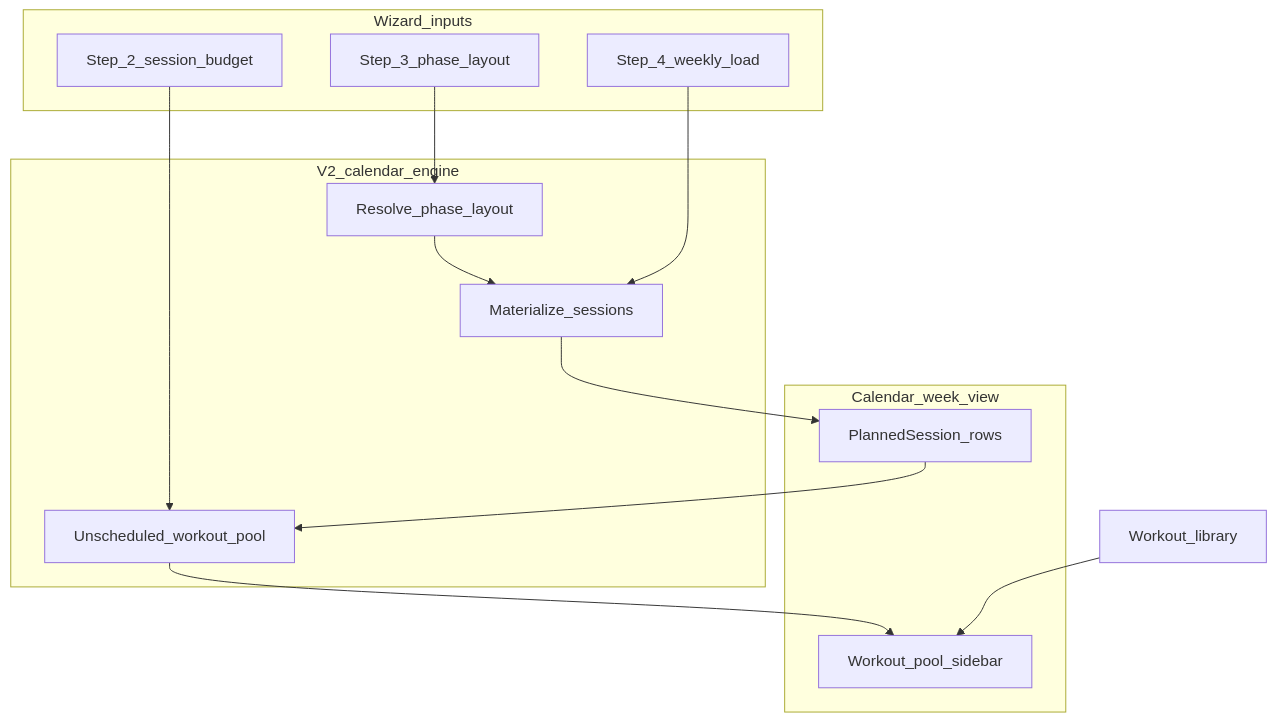
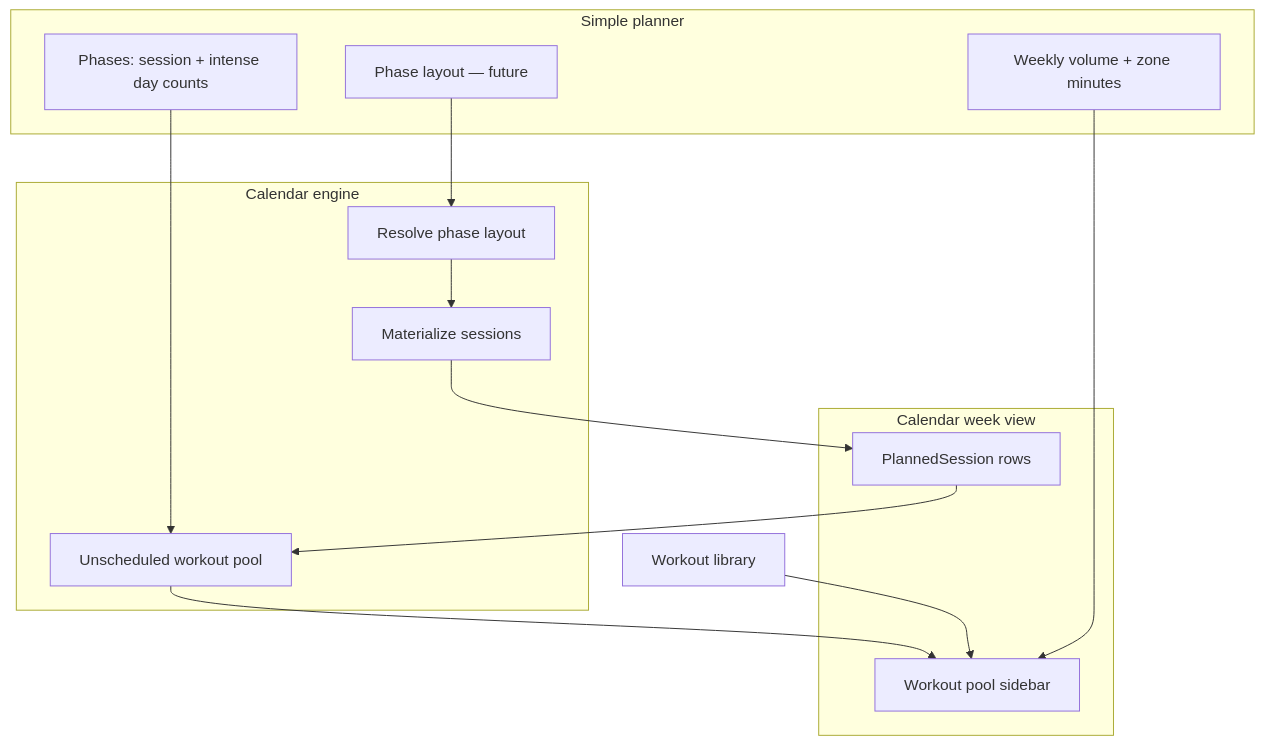
One commit to pjohncooper-star/tiz changed the second of 2 diagrams in docs/plan-wizard-weekly-template-strategy.md. Above: the diagram before and after it, drawn with Mermaid. The commit also changed other lines of this file and 5 other files, not shown here.

First line of the commit message:
Update plan docs for unified season planner and shipped calendar pool

````diff
--- a/docs/plan-wizard-weekly-template-strategy.md
+++ b/docs/plan-wizard-weekly-template-strategy.md
@@ -41,25 +65,25 @@
 ```mermaid
 flowchart TB
-  subgraph inputs [Wizard_inputs]
-    S2[Step_2_session_budget]
-    S3[Step_3_phase_layout]
-    S4[Step_4_weekly_load]
+  subgraph inputs [Simple planner]
+    S1[Phases: session + intense day counts]
+    S2[Phase layout — future]
+    S3[Weekly volume + zone minutes]
   end
-  subgraph engine [V2_calendar_engine]
-    LAYOUT[Resolve_phase_layout]
-    MAT[Materialize_sessions]
-    GAP[Unscheduled_workout_pool]
+  subgraph engine [Calendar engine]
+    LAYOUT[Resolve phase layout]
+    MAT[Materialize sessions]
+    GAP[Unscheduled workout pool]
   end
-  subgraph output [Calendar_week_view]
-    PS[PlannedSession_rows]
-    POOL[Workout_pool_sidebar]
+  subgraph output [Calendar week view]
+    PS[PlannedSession rows]
+    POOL[Workout pool sidebar]
   end
-  S3 --> LAYOUT
+  S1 --> GAP
+  S2 --> LAYOUT
   LAYOUT --> MAT
   MAT --> PS
-  S2 --> GAP
   PS --> GAP
   GAP --> POOL
-  LIB[Workout_library] --> POOL
-  S4 --> MAT
+  LIB[Workout library] --> POOL
+  S3 --> POOL
 ```
````
